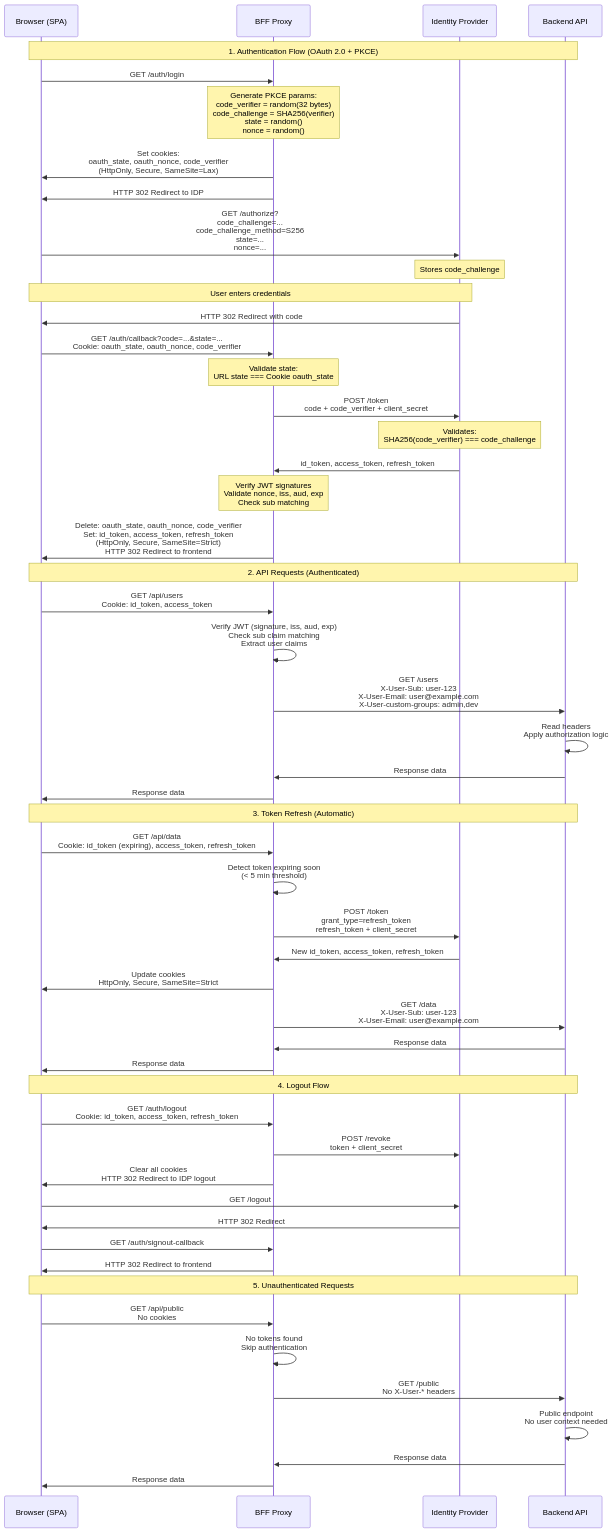
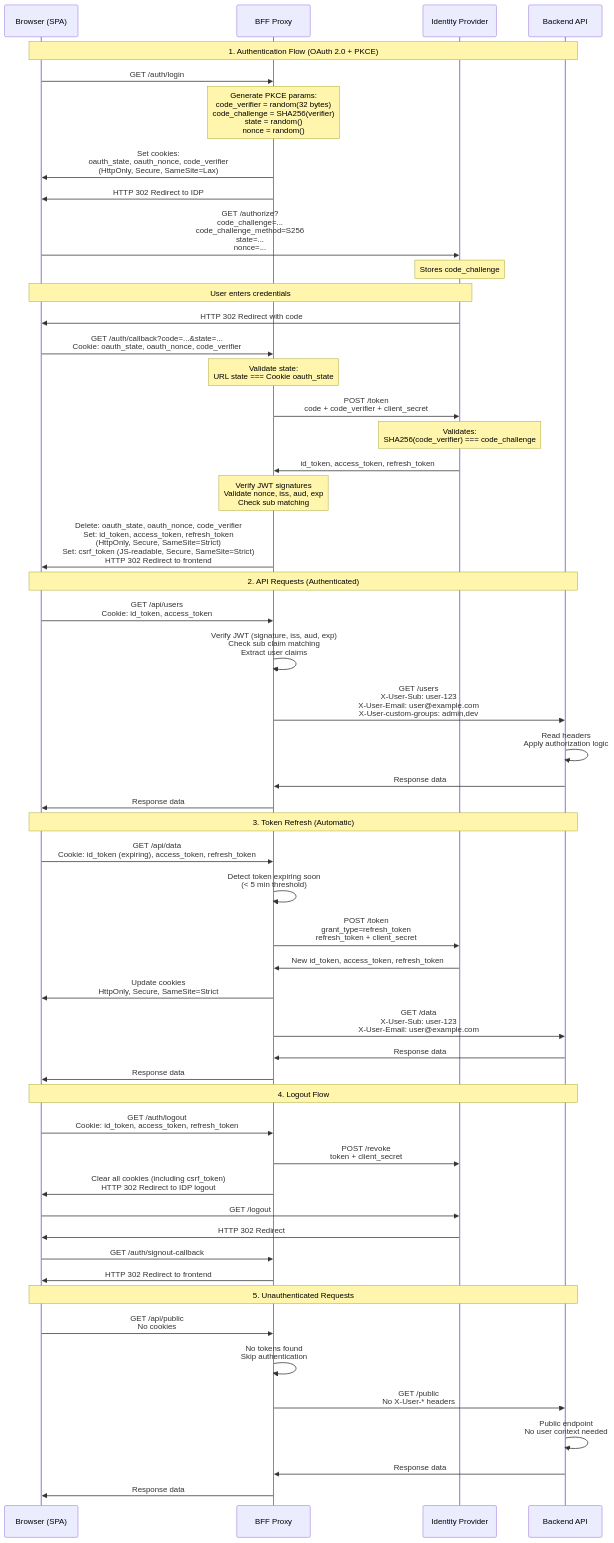
One commit to tkachenko0/Backend-For-Frontend-Pattern-Cognito changed the second of 4 diagrams in README.md. Above: the diagram before and after it, drawn with Mermaid. The commit also changed other lines of this file and 11 other files, not shown here.

````diff
--- a/README.md
+++ b/README.md
@@ -113,64 +116,64 @@
 ```mermaid
 sequenceDiagram
     participant Browser as Browser (SPA)
     participant BFF as BFF Proxy
     participant IDP as Identity Provider
     participant Backend as Backend API
 
     Note over Browser,Backend: 1. Authentication Flow (OAuth 2.0 + PKCE)
 
     Browser->>BFF: GET /auth/login
     Note over BFF: Generate PKCE params:<br/>code_verifier = random(32 bytes)<br/>code_challenge = SHA256(verifier)<br/>state = random()<br/>nonce = random()
     BFF->>Browser: Set cookies:<br/>oauth_state, oauth_nonce, code_verifier<br/>(HttpOnly, Secure, SameSite=Lax)
     BFF->>Browser: HTTP 302 Redirect to IDP
     Browser->>IDP: GET /authorize?<br/>code_challenge=...<br/>code_challenge_method=S256<br/>state=...<br/>nonce=...
     Note over IDP: Stores code_challenge
     Note over Browser,IDP: User enters credentials
     IDP->>Browser: HTTP 302 Redirect with code
     Browser->>BFF: GET /auth/callback?code=...&state=...<br/>Cookie: oauth_state, oauth_nonce, code_verifier
     Note over BFF: Validate state:<br/>URL state === Cookie oauth_state
     BFF->>IDP: POST /token<br/>code + code_verifier + client_secret
     Note over IDP: Validates:<br/>SHA256(code_verifier) === code_challenge
     IDP->>BFF: id_token, access_token, refresh_token
     Note over BFF: Verify JWT signatures<br/>Validate nonce, iss, aud, exp<br/>Check sub matching
-    BFF->>Browser: Delete: oauth_state, oauth_nonce, code_verifier<br/>Set: id_token, access_token, refresh_token<br/>(HttpOnly, Secure, SameSite=Strict)<br/>HTTP 302 Redirect to frontend
+    BFF->>Browser: Delete: oauth_state, oauth_nonce, code_verifier<br/>Set: id_token, access_token, refresh_token<br/>(HttpOnly, Secure, SameSite=Strict)<br/>Set: csrf_token (JS-readable, Secure, SameSite=Strict)<br/>HTTP 302 Redirect to frontend
 
     Note over Browser,Backend: 2. API Requests (Authenticated)
 
     Browser->>BFF: GET /api/users<br/>Cookie: id_token, access_token
     BFF->>BFF: Verify JWT (signature, iss, aud, exp)<br/>Check sub claim matching<br/>Extract user claims
     BFF->>Backend: GET /users<br/>X-User-Sub: user-123<br/>X-User-Email: user@example.com<br/>X-User-custom-groups: admin,dev
     Backend->>Backend: Read headers<br/>Apply authorization logic
     Backend->>BFF: Response data
     BFF->>Browser: Response data
 
     Note over Browser,Backend: 3. Token Refresh (Automatic)
 
     Browser->>BFF: GET /api/data<br/>Cookie: id_token (expiring), access_token, refresh_token
     BFF->>BFF: Detect token expiring soon<br/>(< 5 min threshold)
     BFF->>IDP: POST /token<br/>grant_type=refresh_token<br/>refresh_token + client_secret
     IDP->>BFF: New id_token, access_token, refresh_token
     BFF->>Browser: Update cookies<br/>HttpOnly, Secure, SameSite=Strict
     BFF->>Backend: GET /data<br/>X-User-Sub: user-123<br/>X-User-Email: user@example.com
     Backend->>BFF: Response data
     BFF->>Browser: Response data
 
     Note over Browser,Backend: 4. Logout Flow
 
     Browser->>BFF: GET /auth/logout<br/>Cookie: id_token, access_token, refresh_token
     BFF->>IDP: POST /revoke<br/>token + client_secret
-    BFF->>Browser: Clear all cookies<br/>HTTP 302 Redirect to IDP logout
+    BFF->>Browser: Clear all cookies (including csrf_token)<br/>HTTP 302 Redirect to IDP logout
     Browser->>IDP: GET /logout
     IDP->>Browser: HTTP 302 Redirect
     Browser->>BFF: GET /auth/signout-callback
     BFF->>Browser: HTTP 302 Redirect to frontend
 
     Note over Browser,Backend: 5. Unauthenticated Requests
 
     Browser->>BFF: GET /api/public<br/>No cookies
     BFF->>BFF: No tokens found<br/>Skip authentication
     BFF->>Backend: GET /public<br/>No X-User-* headers
     Backend->>Backend: Public endpoint<br/>No user context needed
     Backend->>BFF: Response data
     BFF->>Browser: Response data
 ```
````
